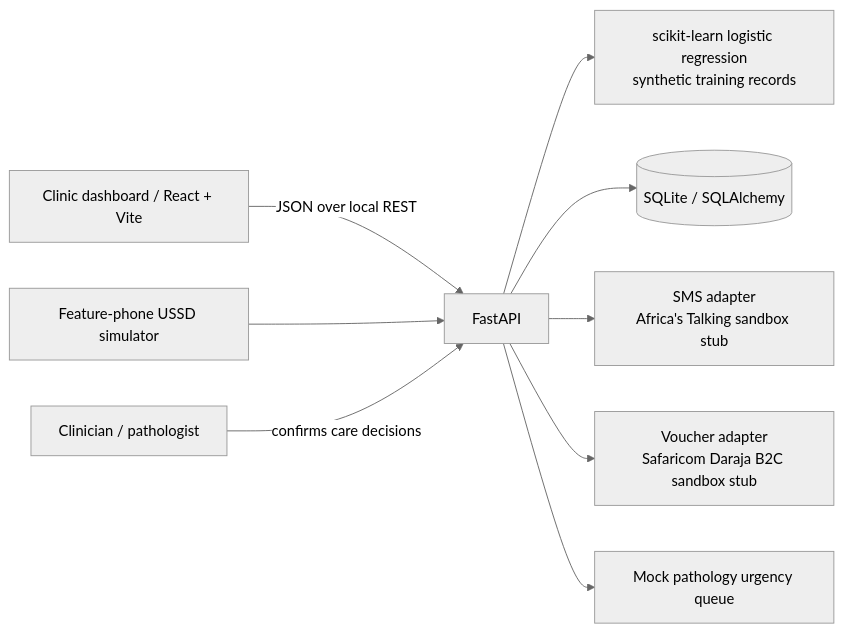
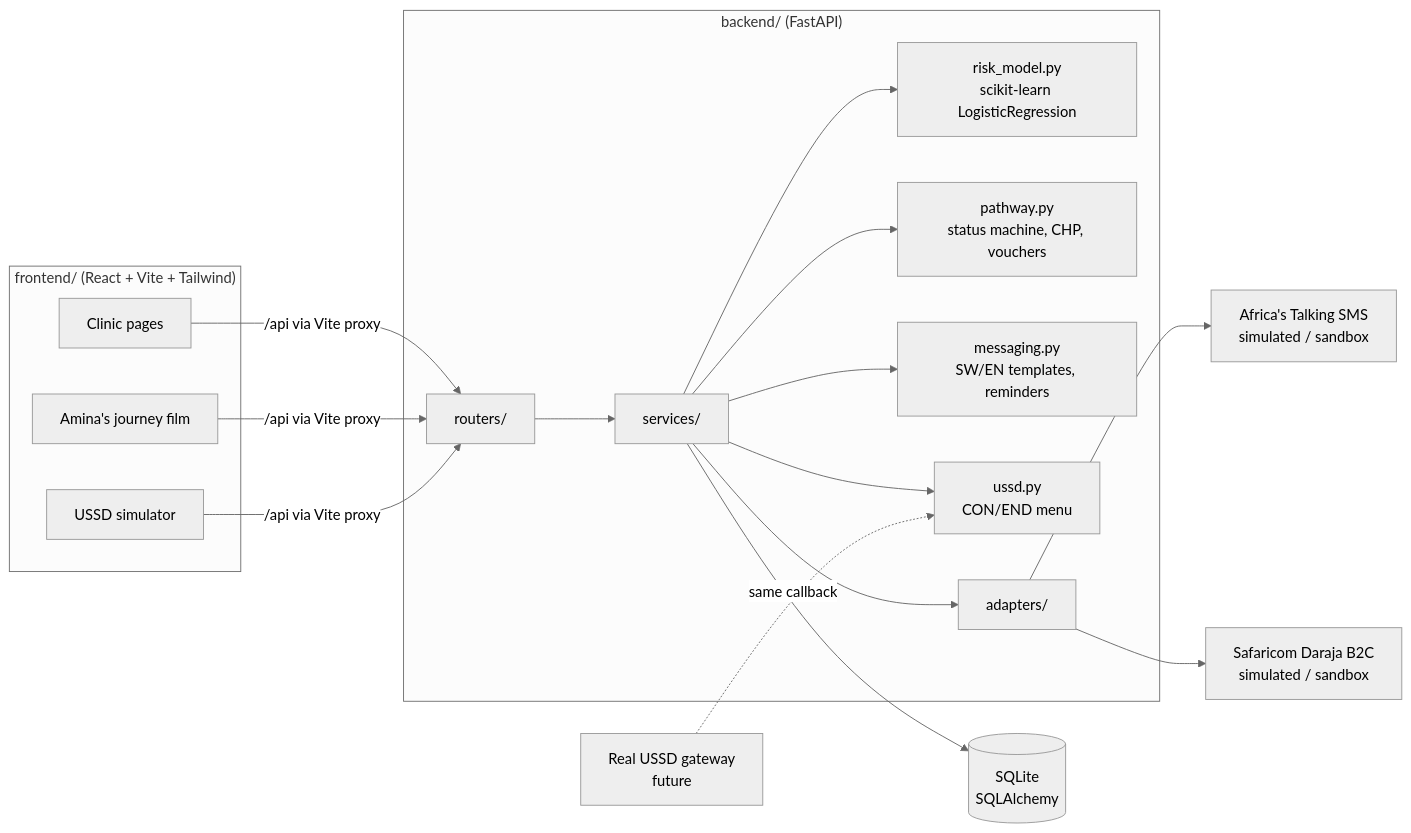
One commit to gregory-bot/fuatilia changed the diagram in README.md. Above: the diagram before and after it, drawn with Mermaid (neutral theme). The commit also changed other lines of this file and 66 other files, not shown here.

````diff
--- a/README.md
+++ b/README.md
@@ -67,11 +119,21 @@
 ```mermaid
 flowchart LR
-  C[Clinic dashboard / React + Vite] -->|JSON over local REST| A[FastAPI]
-  P[Feature-phone USSD simulator] --> A
-  A --> M[scikit-learn logistic regression\nsynthetic training records]
-  A --> D[(SQLite / SQLAlchemy)]
-  A --> S[SMS adapter\nAfrica's Talking sandbox stub]
-  A --> W[Voucher adapter\nSafaricom Daraja B2C sandbox stub]
-  A --> Q[Mock pathology urgency queue]
-  H[Clinician / pathologist] -->|confirms care decisions| A
+  subgraph Browser["frontend/ (React + Vite + Tailwind)"]
+    UI[Clinic pages]
+    FILM[Amina's journey film]
+    PHONE[USSD simulator]
+  end
+  subgraph API["backend/ (FastAPI)"]
+    R[routers/] --> S[services/]
+    S --> RM[risk_model.py<br/>scikit-learn LogisticRegression]
+    S --> PW[pathway.py<br/>status machine, CHP, vouchers]
+    S --> MSG[messaging.py<br/>SW/EN templates, reminders]
+    S --> USSD[ussd.py<br/>CON/END menu]
+    S --> AD[adapters/]
+  end
+  UI & FILM & PHONE -->|/api via Vite proxy| R
+  S --> DB[(SQLite<br/>SQLAlchemy)]
+  AD --> AT[Africa's Talking SMS<br/>simulated / sandbox]
+  AD --> MP[Safaricom Daraja B2C<br/>simulated / sandbox]
+  GW[Real USSD gateway<br/>future] -.->|same callback| USSD
 ```
````
